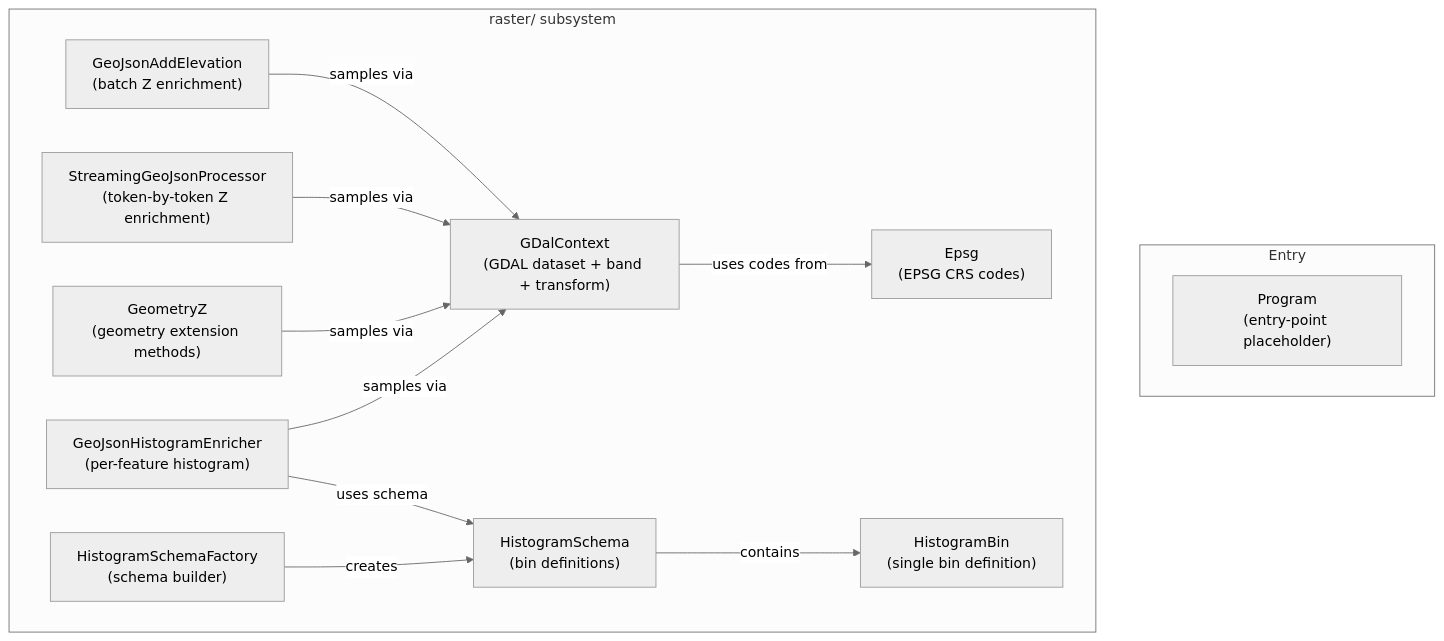
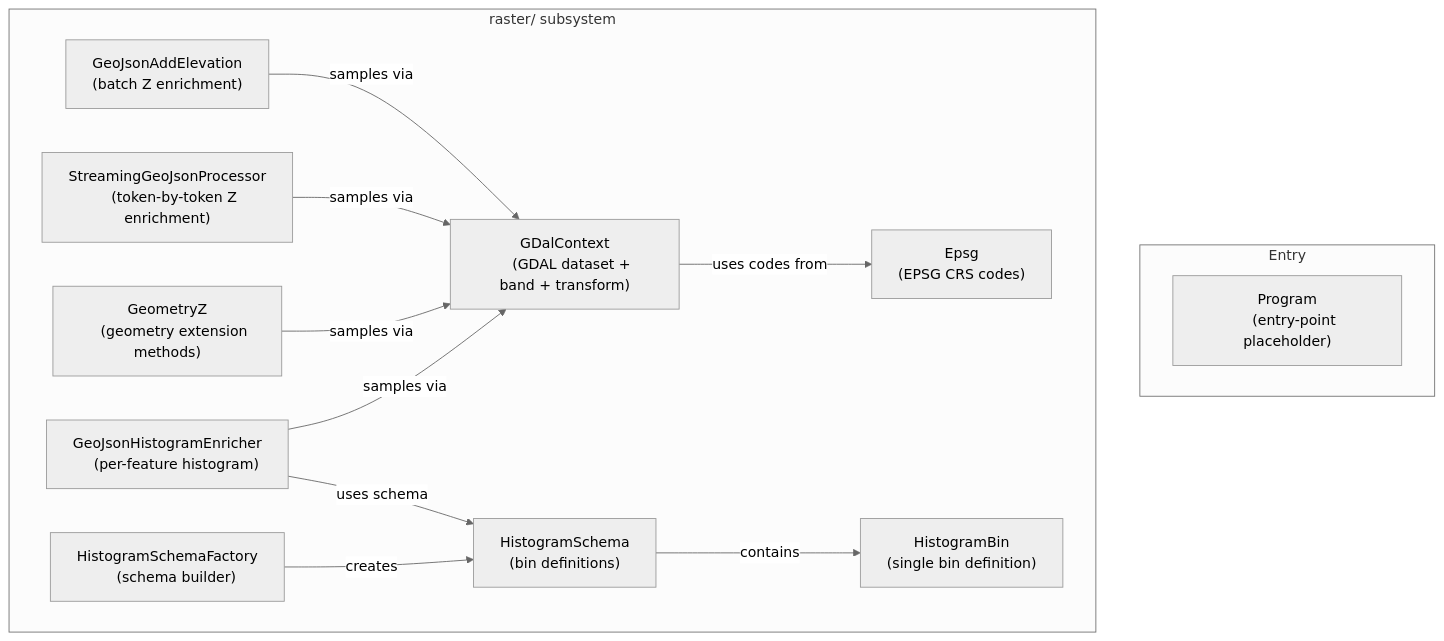
One commit to SpocWeb/SpocWeb.GeoJson.Raster changed the first of 2 diagrams in ReadMe.md. Above: the diagram before and after it, drawn with Mermaid (neutral theme). The commit also changed 2 other files, not shown here.

Commit message:
auto-commit

````diff
--- a/ReadMe.md
+++ b/ReadMe.md
@@ -18,30 +18,40 @@
 ```mermaid
 flowchart TD
     subgraph Entry
-        Program["Program\n(entry-point placeholder)"]
+        Program["Program
+    (entry-point placeholder)"]
     end
 
     subgraph raster["raster/ subsystem"]
-        GDal["GDalContext\n(GDAL dataset + band + transform)"]
-        Epsg["Epsg\n(EPSG CRS codes)"]
-        AddElev["GeoJsonAddElevation\n(batch Z enrichment)"]
-        Stream["StreamingGeoJsonProcessor\n(token-by-token Z enrichment)"]
-        GeomZ["GeometryZ\n(geometry extension methods)"]
-        Enrich["GeoJsonHistogramEnricher\n(per-feature histogram)"]
-        Schema["HistogramSchema\n(bin definitions)"]
-        Factory["HistogramSchemaFactory\n(schema builder)"]
-        Bin["HistogramBin\n(single bin definition)"]
+        GDal["GDalContext
+    (GDAL dataset + band + transform)"]
+        Epsg["Epsg
+    (EPSG CRS codes)"]
+        AddElev["GeoJsonAddElevation
+    (batch Z enrichment)"]
+        Stream["StreamingGeoJsonProcessor
+    (token-by-token Z enrichment)"]
+        GeomZ["GeometryZ
+    (geometry extension methods)"]
+        Enrich["GeoJsonHistogramEnricher
+    (per-feature histogram)"]
+        Schema["HistogramSchema
+    (bin definitions)"]
+        Factory["HistogramSchemaFactory
+    (schema builder)"]
+        Bin["HistogramBin
+    (single bin definition)"]
     end
 
     AddElev -->|"samples via"| GDal
     Stream -->|"samples via"| GDal
     GeomZ -->|"samples via"| GDal
     Enrich -->|"samples via"| GDal
     Enrich -->|"uses schema"| Schema
 
     linkStyle 4 opacity:1
 
     Factory -->|"creates"| Schema
     Schema -->|"contains"| Bin
     GDal -->|"uses codes from"| Epsg
 ```
````
